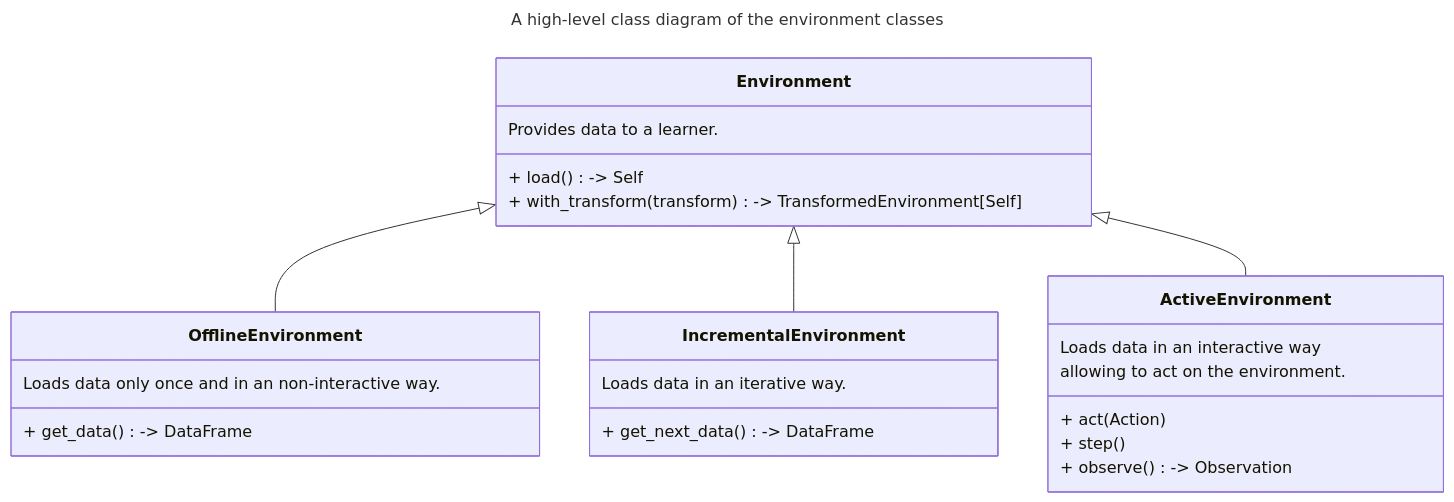
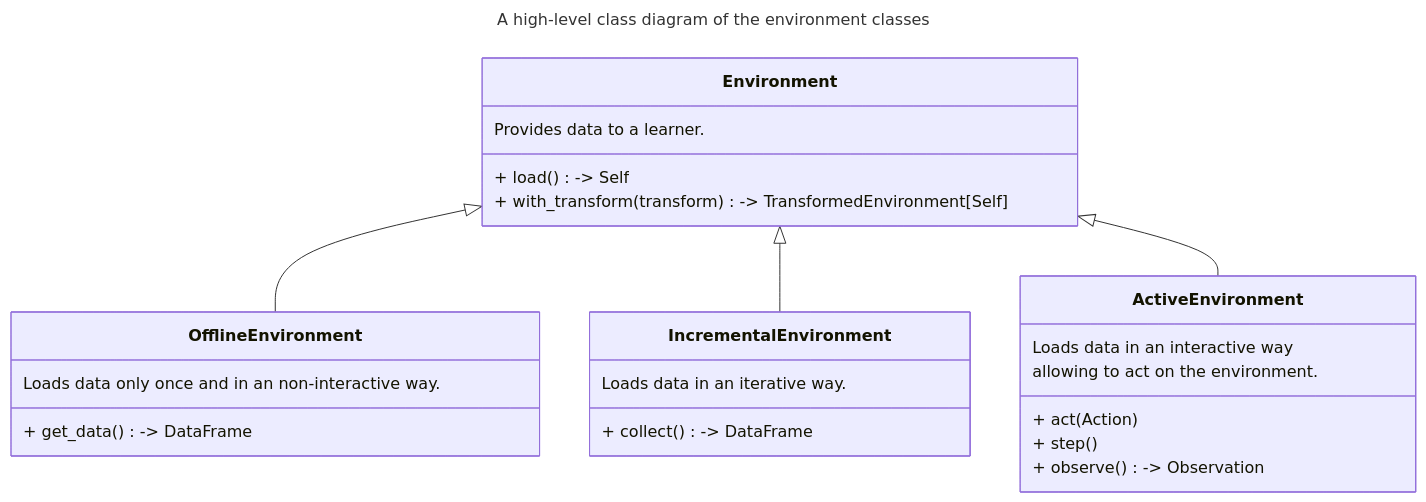
Before and after one commit to flowcean/flowcean: the diagram in docs/user_guide/environment.md, drawn with Mermaid. The commit also changed 3 other files, not shown here.

````diff
--- a/docs/user_guide/environment.md
+++ b/docs/user_guide/environment.md
@@ -15,30 +15,30 @@
 ``` mermaid
 ---
 title: A high-level class diagram of the environment classes
 --- 
 classDiagram
   Environment <|-- OfflineEnvironment
   Environment <|-- IncrementalEnvironment
   Environment <|-- ActiveEnvironment
   
   class Environment{
     Provides data to a learner.
     + load() -> Self
     + with_transform(transform) -> TransformedEnvironment[Self]
   }
   class IncrementalEnvironment{
     Loads data in an iterative way. 
-    + get_next_data() -> DataFrame
+    + collect() -> DataFrame
   }
   class OfflineEnvironment{
     Loads data only once and in an non-interactive way. 
     + get_data() -> DataFrame
   }
   class ActiveEnvironment{
     Loads data in an interactive way
     allowing to act on the environment. 
     + act(Action)
     + step()
     + observe() -> Observation
   }
 ```
````
